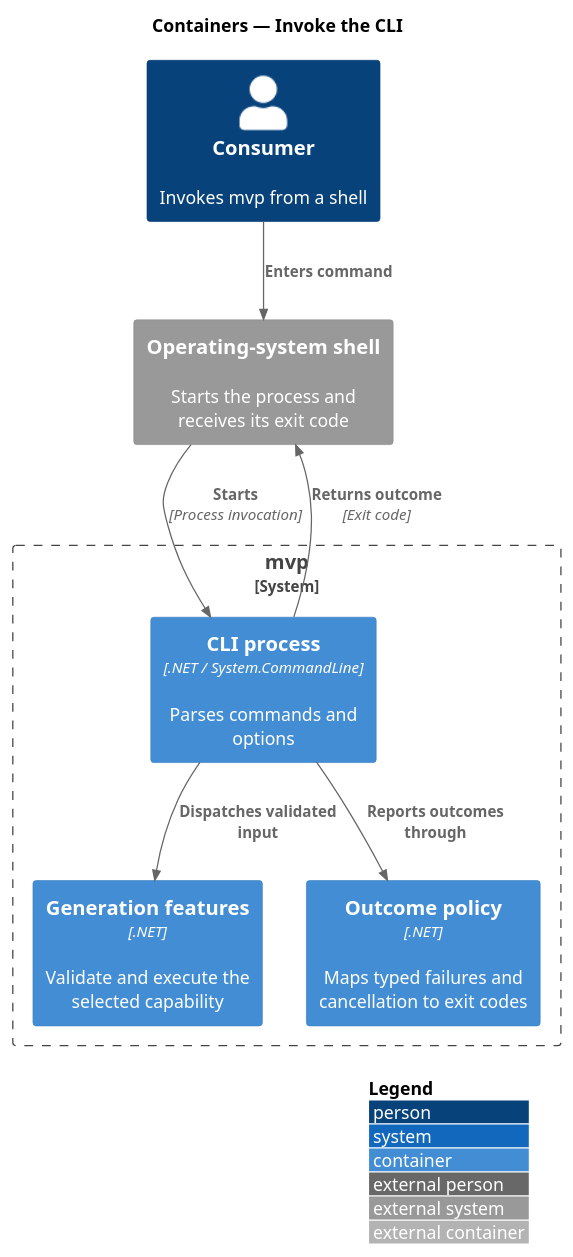
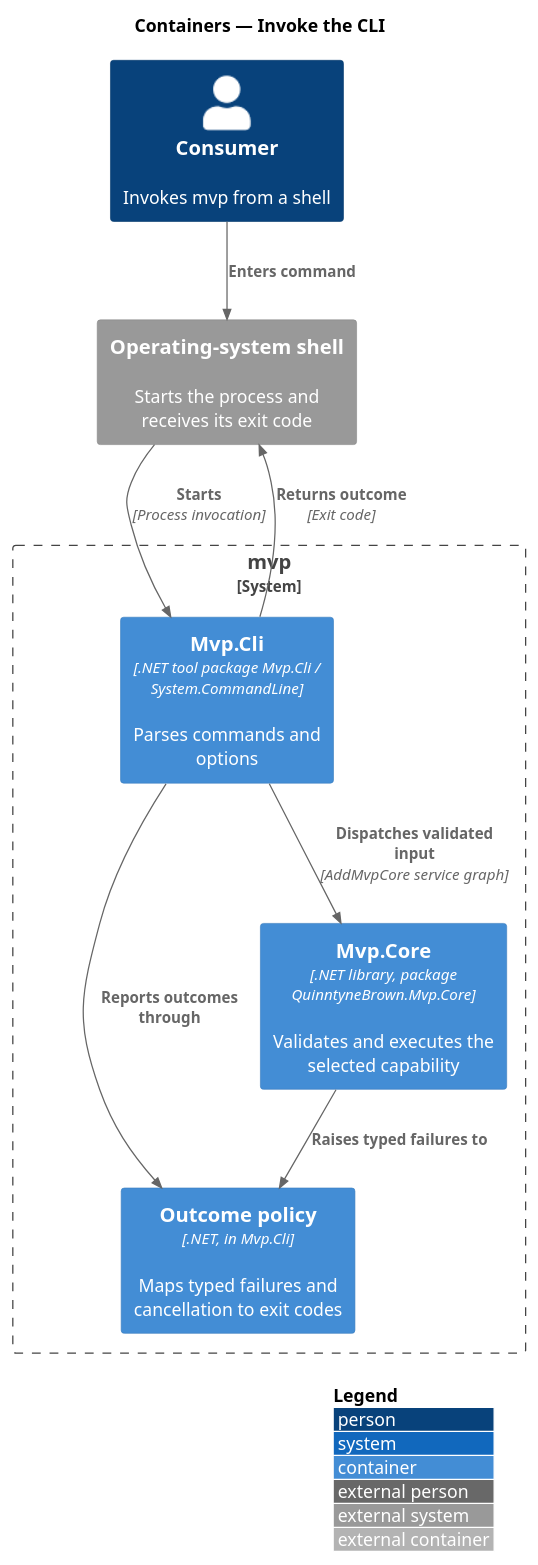
The diagram in docs/detailed-designs/command-line/invoke-the-cli/diagrams/c4-container.puml (QuinntyneBrown/mvp), drawn with PlantUML before and after one commit. The commit also changed 27 other files, not shown here.

First line of the commit message:
docs: baseline Mvp.Core as a supported product surface

```diff
--- a/docs/detailed-designs/command-line/invoke-the-cli/diagrams/c4-container.puml
+++ b/docs/detailed-designs/command-line/invoke-the-cli/diagrams/c4-container.puml
@@ -1,19 +1,20 @@
 @startuml
 !include <C4/C4_Container>
 LAYOUT_WITH_LEGEND()
 title Containers — Invoke the CLI
 
 Person(consumer, "Consumer", "Invokes mvp from a shell")
 System_Boundary(mvp, "mvp") {
-  Container(cli, "CLI process", ".NET / System.CommandLine", "Parses commands and options")
-  Container(services, "Generation features", ".NET", "Validate and execute the selected capability")
-  Container(policy, "Outcome policy", ".NET", "Maps typed failures and cancellation to exit codes")
+  Container(cli, "Mvp.Cli", ".NET tool package Mvp.Cli / System.CommandLine", "Parses commands and options")
+  Container(policy, "Outcome policy", ".NET, in Mvp.Cli", "Maps typed failures and cancellation to exit codes")
+  Container(engine, "Mvp.Core", ".NET library, package QuinntyneBrown.Mvp.Core", "Validates and executes the selected capability")
 }
 System_Ext(shell, "Operating-system shell", "Starts the process and receives its exit code")
 
 Rel(consumer, shell, "Enters command")
 Rel(shell, cli, "Starts", "Process invocation")
-Rel(cli, services, "Dispatches validated input")
+Rel(cli, engine, "Dispatches validated input", "AddMvpCore service graph")
 Rel(cli, policy, "Reports outcomes through")
+Rel(engine, policy, "Raises typed failures to")
 Rel(cli, shell, "Returns outcome", "Exit code")
 @enduml
```
